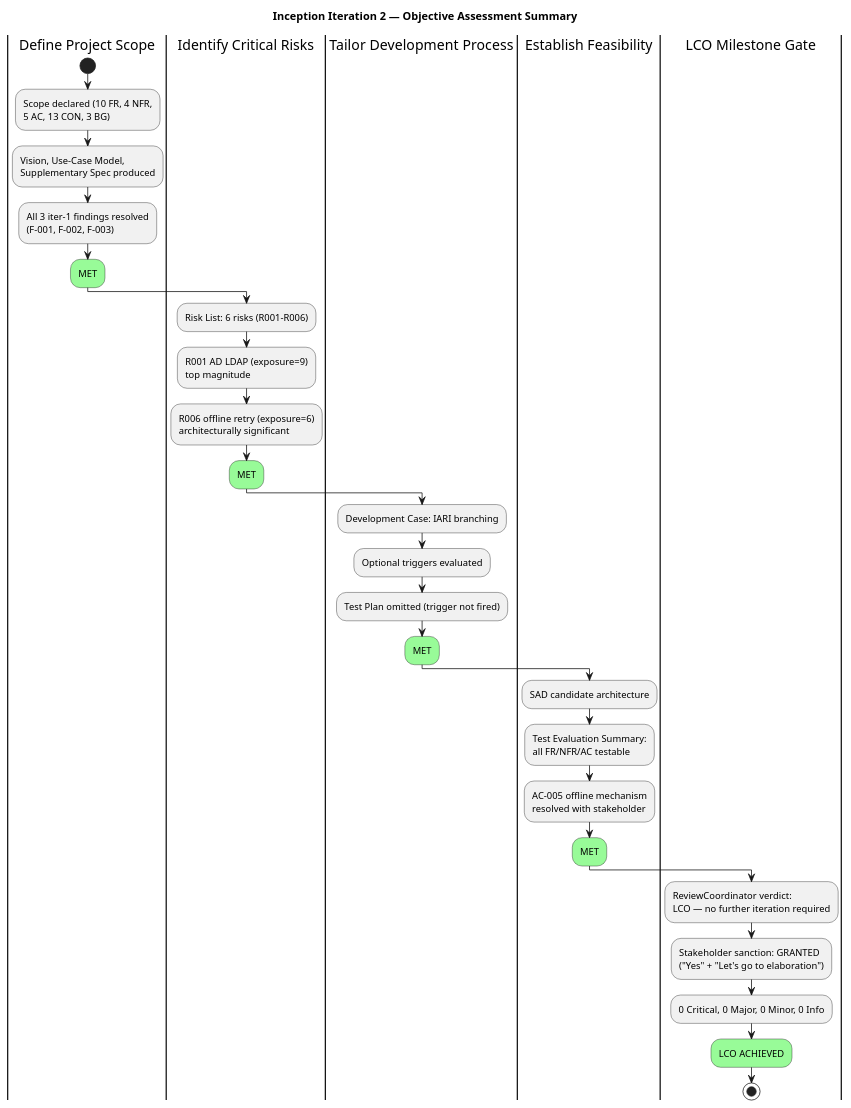
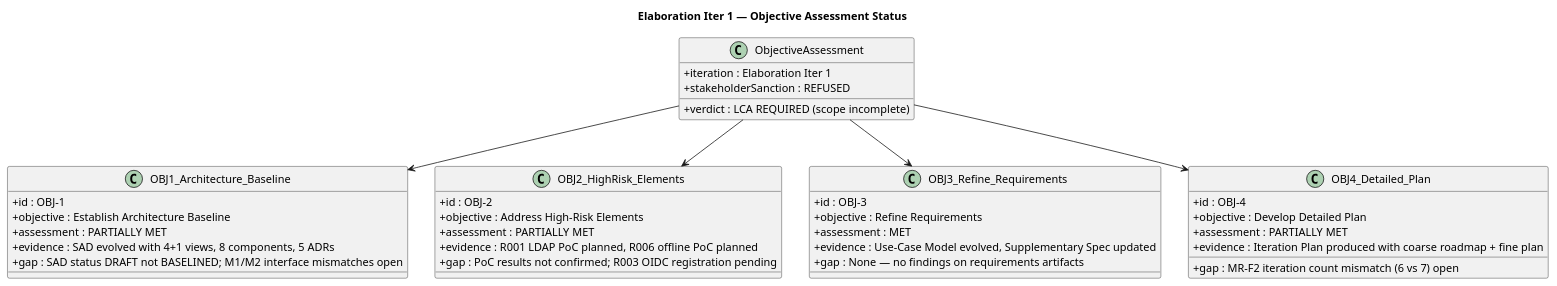
Before and after one commit to banense-test/portal-cuba-corp: the first of 4 diagrams in docs/artifacts/project-management/iteration-assessment.md, drawn with PlantUML. The commit also changed other lines of this file, not shown here.

First line of the commit message:
Project Manager [E1]: upsert Iteration Assessment

````diff
--- a/docs/artifacts/project-management/iteration-assessment.md
+++ b/docs/artifacts/project-management/iteration-assessment.md
@@ -27,47 +21,51 @@
 ```plantuml
 @startuml
-title Inception Iteration 2 — Objective Assessment Summary
+title Elaboration Iter 1 — Objective Assessment Status
 
-|Define Project Scope|
-start
-:Scope declared (10 FR, 4 NFR,
-5 AC, 13 CON, 3 BG);
-:Vision, Use-Case Model,
-Supplementary Spec produced;
-:All 3 iter-1 findings resolved
-(F-001, F-002, F-003);
-#palegreen:MET;
+skinparam classAttributeIconSize 0
 
-|Identify Critical Risks|
-:Risk List: 6 risks (R001–R006);
-:R001 AD LDAP (exposure=9)
-top magnitude;
-:R006 offline retry (exposure=6)
-architecturally significant;
-#palegreen:MET;
+class ObjectiveAssessment {
+  + iteration : Elaboration Iter 1
+  + verdict : LCA REQUIRED (scope incomplete)
+  + stakeholderSanction : REFUSED
+}
 
-|Tailor Development Process|
-:Development Case: IARI branching;
-:Optional triggers evaluated;
-:Test Plan omitted (trigger not fired);
-#palegreen:MET;
+class OBJ1_Architecture_Baseline {
+  + id : OBJ-1
+  + objective : Establish Architecture Baseline
+  + assessment : PARTIALLY MET
+  + evidence : SAD evolved with 4+1 views, 8 components, 5 ADRs
+  + gap : SAD status DRAFT not BASELINED; M1/M2 interface mismatches open
+}
 
-|Establish Feasibility|
-:SAD candidate architecture;
-:Test Evaluation Summary:
-all FR/NFR/AC testable;
-:AC-005 offline mechanism
-resolved with stakeholder;
-#palegreen:MET;
+class OBJ2_HighRisk_Elements {
+  + id : OBJ-2
+  + objective : Address High-Risk Elements
+  + assessment : PARTIALLY MET
+  + evidence : R001 LDAP PoC planned, R006 offline PoC planned
+  + gap : PoC results not confirmed; R003 OIDC registration pending
+}
 
-|LCO Milestone Gate|
-:ReviewCoordinator verdict:
-LCO — no further iteration required;
-:Stakeholder sanction: GRANTED
-("Yes" + "Let's go to elaboration");
-:0 Critical, 0 Major, 0 Minor, 0 Info;
-#palegreen:LCO ACHIEVED;
+class OBJ3_Refine_Requirements {
+  + id : OBJ-3
+  + objective : Refine Requirements
+  + assessment : MET
+  + evidence : Use-Case Model evolved, Supplementary Spec updated
+  + gap : None — no findings on requirements artifacts
+}
 
-stop
+class OBJ4_Detailed_Plan {
+  + id : OBJ-4
+  + objective : Develop Detailed Plan
+  + assessment : PARTIALLY MET
+  + evidence : Iteration Plan produced with coarse roadmap + fine plan
+  + gap : MR-F2 iteration count mismatch (6 vs 7) open
+}
+
+ObjectiveAssessment --> OBJ1_Architecture_Baseline
+ObjectiveAssessment --> OBJ2_HighRisk_Elements
+ObjectiveAssessment --> OBJ3_Refine_Requirements
+ObjectiveAssessment --> OBJ4_Detailed_Plan
+
 @enduml
 ```
````
